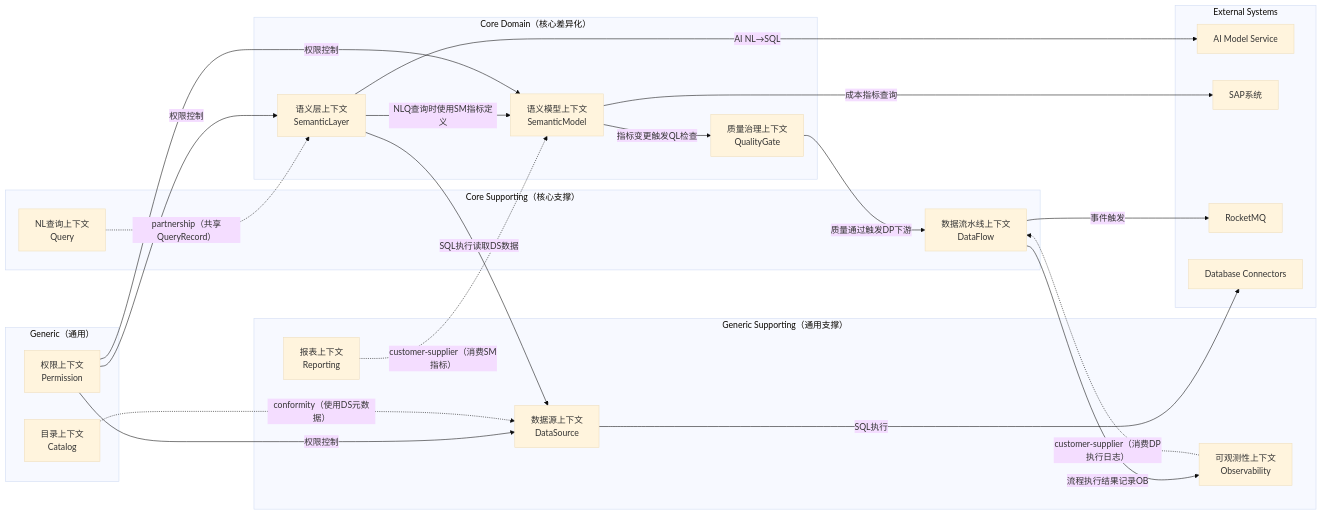
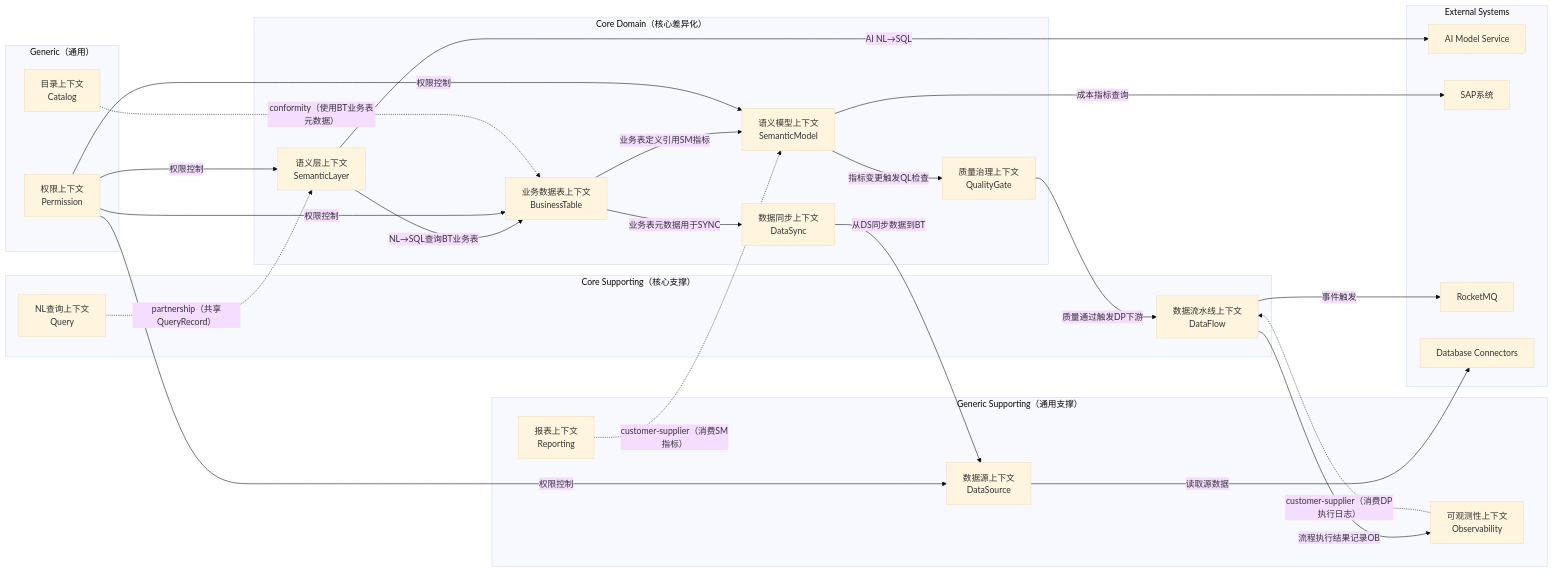
The third of 12 diagrams in docs/design/AI-Data-Analysis-System-DDD-Design.md (felix-tian-77/panda-data-ai), drawn with Mermaid (base theme) before and after one commit. The commit also changed other lines of this file and 2 other files, not shown here.

````diff
--- a/docs/design/AI-Data-Analysis-System-DDD-Design.md
+++ b/docs/design/AI-Data-Analysis-System-DDD-Design.md
@@ -416,55 +456,62 @@
 ```mermaid
 flowchart LR
     subgraph Core["Core Domain（核心差异化）"]
+        BT[业务数据表上下文<br/>BusinessTable]
+        SYNC[数据同步上下文<br/>DataSync]
         SL[语义层上下文<br/>SemanticLayer]
         QG[质量治理上下文<br/>QualityGate]
         SM[语义模型上下文<br/>SemanticModel]
     end
 
     subgraph CoreSupport["Core Supporting（核心支撑）"]
         NLQ[NL查询上下文<br/>Query]
         DP[数据流水线上下文<br/>DataFlow]
     end
 
     subgraph GenericSupport["Generic Supporting（通用支撑）"]
         DS[数据源上下文<br/>DataSource]
         RP[报表上下文<br/>Reporting]
         OB[可观测性上下文<br/>Observability]
     end
 
     subgraph Generic["Generic（通用）"]
         PM[权限上下文<br/>Permission]
         CT[目录上下文<br/>Catalog]
     end
 
     subgraph External["External Systems"]
         AI[AI Model Service]
         SAP[SAP系统]
         MQ[RocketMQ]
         DB[Database Connectors]
     end
 
-    %% Core relationships
-    SL -->|"NLQ查询时使用SM指标定义"| SM
+    %% Core relationships - Business Table is the query target
+    SL -->|"NL→SQL查询BT业务表"| BT
+    BT -->|"业务表定义引用SM指标"| SM
     SM -->|"指标变更触发QL检查"| QG
     QG -->|"质量通过触发DP下游"| DP
-    SL -->|"SQL执行读取DS数据"| DS
     DP -->|"流程执行结果记录OB"| OB
+
+    %% Data Sync flow
+    SYNC -->|"从DS同步数据到BT"| DS
+    DS -->|"读取源数据"| DB
+    BT -->|"业务表元数据用于SYNC"| SYNC
 
     %% External integrations
     SL -->|"AI NL→SQL"| AI
     DP -->|"事件触发"| MQ
-    DS -->|"SQL执行"| DB
     SM -->|"成本指标查询"| SAP
 
     %% Permission crosses all
+    PM -->|"权限控制"| BT
     PM -->|"权限控制"| SL
     PM -->|"权限控制"| DS
     PM -->|"权限控制"| SM
 
     %% Context map relationships
     NLQ -.->|"partnership（共享QueryRecord）"| SL
-    CT -.->|"conformity（使用DS元数据）"| DS
+    CT -.->|"conformity（使用BT业务表元数据）"| BT
     RP -.->|"customer-supplier（消费SM指标）"| SM
     OB -.->|"customer-supplier（消费DP执行日志）"| DP
 ```
````
